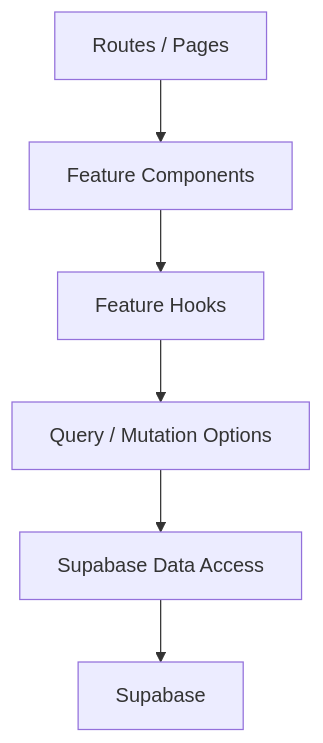
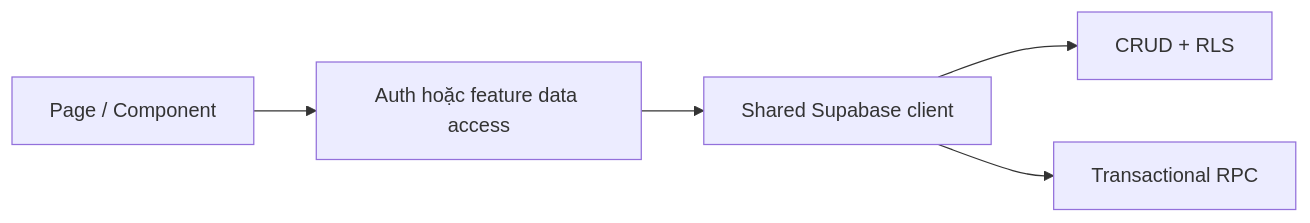
One commit to phong-dokhoahai/nam-phong-store changed the third of 6 diagrams in docs/ARCHITECTURE.md. Above: the diagram before and after it, drawn with Mermaid. The commit also changed other lines of this file and 23 other files, not shown here.

````diff
--- a/docs/ARCHITECTURE.md
+++ b/docs/ARCHITECTURE.md
@@ -199,8 +135,7 @@
 ```mermaid
-flowchart TD
-    R["Routes / Pages"] --> F["Feature Components"]
-    F --> H["Feature Hooks"]
-    H --> Q["Query / Mutation Options"]
-    Q --> API["Supabase Data Access"]
-    API --> SB["Supabase"]
+flowchart LR
+    UI["Page / Component"] --> ACCESS["Auth hoặc feature data access"]
+    ACCESS --> CLIENT["Shared Supabase client"]
+    CLIENT --> RLS["CRUD + RLS"]
+    CLIENT --> RPC["Transactional RPC"]
 ```
````
